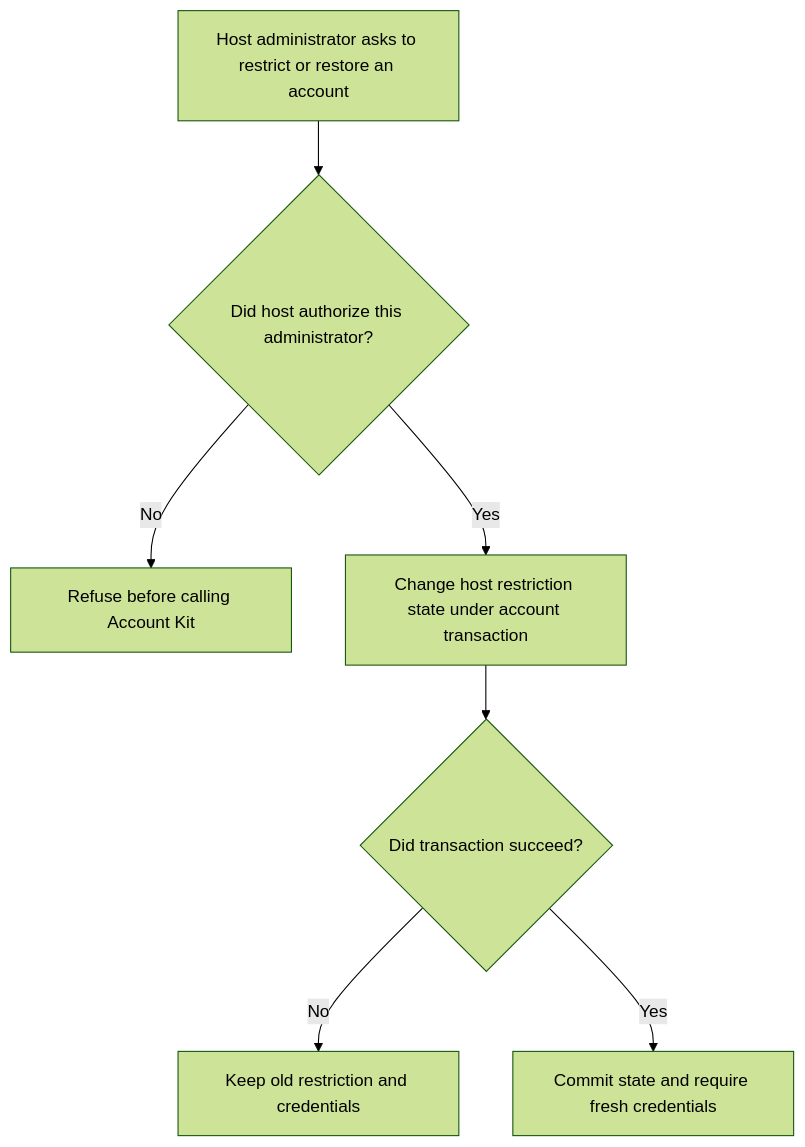
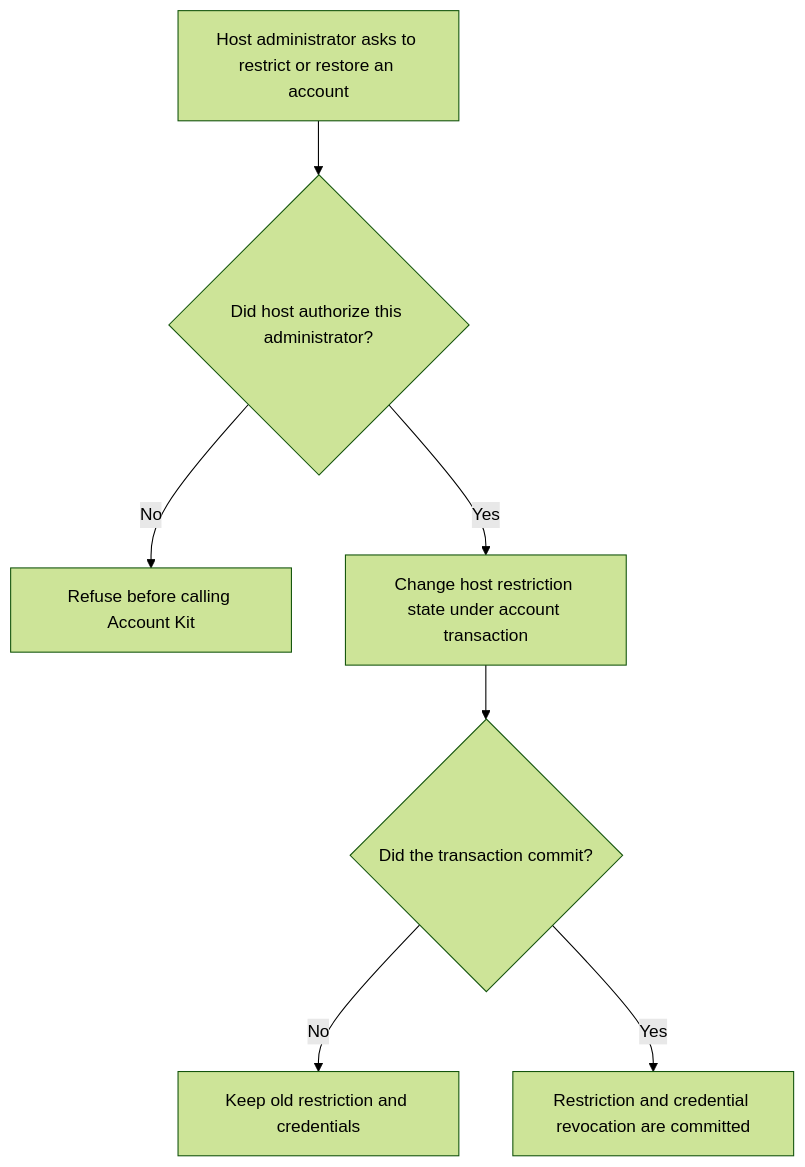
Before and after one commit to Kevinjohn/oss-adonisjs-account-kit: the first of 2 diagrams in user-stories/US-ACCOUNT-43-change-account-restriction.md, drawn with Mermaid (forest theme). The commit also changed other lines of this file and 7 other files, not shown here.

````diff
--- a/user-stories/US-ACCOUNT-43-change-account-restriction.md
+++ b/user-stories/US-ACCOUNT-43-change-account-restriction.md
@@ -19,9 +19,9 @@
 ```mermaid
 flowchart TD
  A["Host administrator asks to restrict or restore an account"] --> B{"Did host authorize this administrator?"}
  B -->|No| C["Refuse before calling Account Kit"]
  B -->|Yes| D["Change host restriction state under account transaction"]
- D --> E{"Did transaction succeed?"}
+ D --> E{"Did the transaction commit?"}
  E -->|No| F["Keep old restriction and credentials"]
- E -->|Yes| G["Commit state and require fresh credentials"]
+ E -->|Yes| G["Restriction and credential revocation are committed"]
 ```
````
